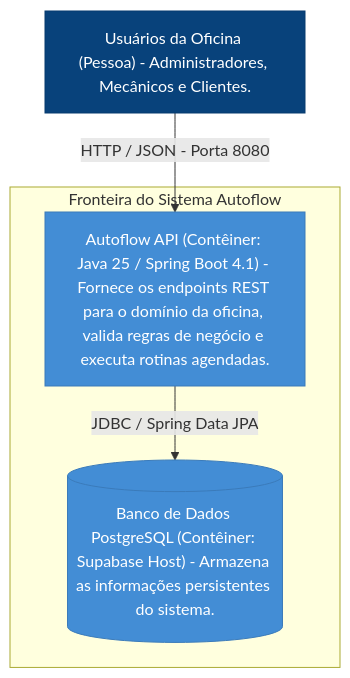
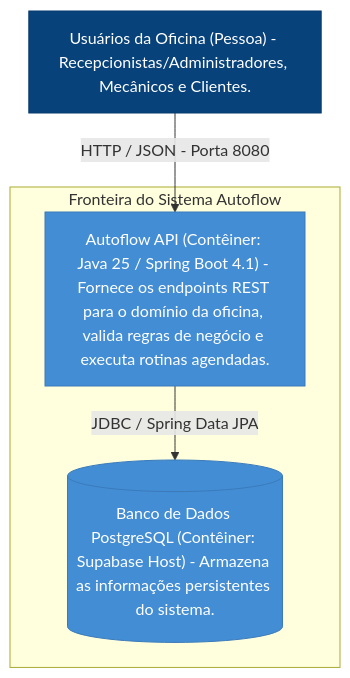
Before and after one commit to thallencar/autoflow: the second of 4 diagrams in docs/ARCHITECTURE.md, drawn with Mermaid. The commit also changed other lines of this file and 3 other files, not shown here.

````diff
--- a/docs/ARCHITECTURE.md
+++ b/docs/ARCHITECTURE.md
@@ -72,19 +138,19 @@
 ```mermaid
 graph TD
-    users["Usuários da Oficina (Pessoa) - Administradores, Mecânicos e Clientes."]
+    users["Usuários da Oficina (Pessoa) - Recepcionistas/Administradores, Mecânicos e Clientes."]
 
     subgraph Fronteira do Sistema Autoflow
         api["Autoflow API (Contêiner: Java 25 / Spring Boot 4.1) - Fornece os endpoints REST para o domínio da oficina, valida regras de negócio e executa rotinas agendadas."]
         db[("Banco de Dados PostgreSQL (Contêiner: Supabase Host) - Armazena as informações persistentes do sistema.")]
     end
 
     users -->|HTTP / JSON - Porta 8080| api
     api -->|JDBC / Spring Data JPA| db
 
     classDef person fill:#08427b,stroke:#073b6f,color:#fff;
     classDef container fill:#438dd5,stroke:#3b7bba,color:#fff;
     classDef db fill:#438dd5,stroke:#3b7bba,color:#fff;
     class users person;
     class api container;
     class db db;
 ```
````
